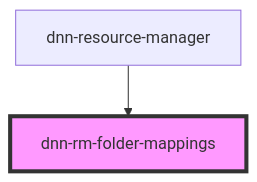
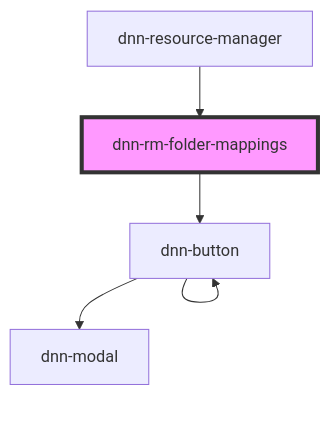
Before and after one commit to dnnsoftware/Dnn.Platform: the diagram in DNN Platform/Modules/ResourceManager/ResourceManager.Web/src/components/dnn-rm-folder-mappings/readme.md, drawn with Mermaid. The commit also changed other lines of this file and 2 other files, not shown here.

````diff
--- a/DNN Platform/Modules/ResourceManager/ResourceManager.Web/src/components/dnn-rm-folder-mappings/readme.md
+++ b/DNN Platform/Modules/ResourceManager/ResourceManager.Web/src/components/dnn-rm-folder-mappings/readme.md
@@ -15,5 +19,8 @@
 ```mermaid
 graph TD;
+  dnn-rm-folder-mappings --> dnn-button
+  dnn-button --> dnn-modal
+  dnn-button --> dnn-button
   dnn-resource-manager --> dnn-rm-folder-mappings
   style dnn-rm-folder-mappings fill:#f9f,stroke:#333,stroke-width:4px
 ```
````
